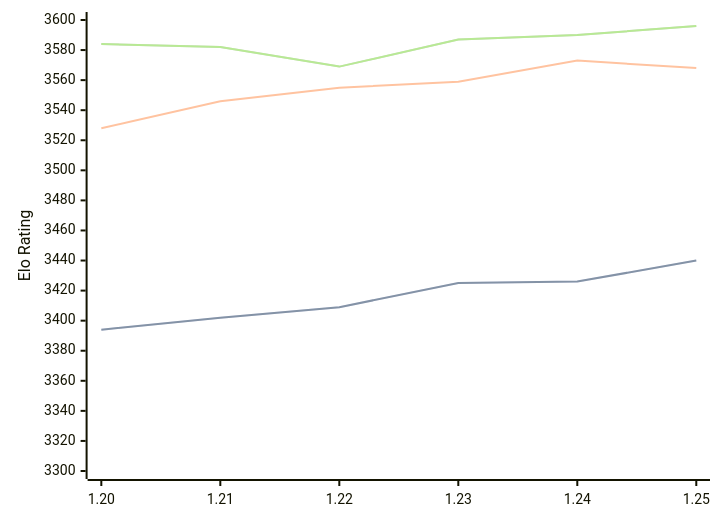
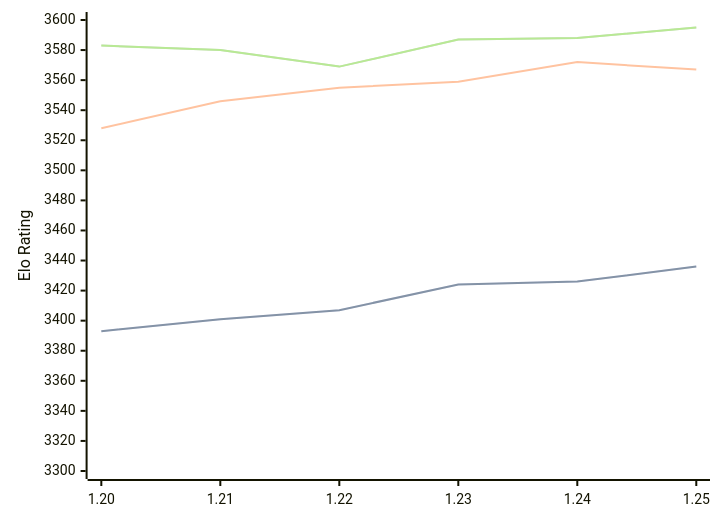
The diagram in engines/Caissa.md (computer-chess-index/cci), drawn with Mermaid before and after one commit. The commit also changed other lines of this file, not shown here.

Commit message:
Update CCI Ratings (ELO VLTC) - 2026-04-20

````diff
--- a/engines/Caissa.md
+++ b/engines/Caissa.md
@@ -65,11 +65,11 @@
 ```mermaid
 %%{init: {"theme":"base","themeVariables":{"seriesColors:['#a3a3a3','#222221','#faa371']}}}%%
 xychart-beta
   x-axis ["1.20", "1.21", "1.22", "1.23", "1.24", "1.25"]
   y-axis "Elo Rating" 3300 --> 3600
-  line "STC (8.0+0.08s)" [3394, 3402, 3409, 3425, 3426, 3440]
-  line "STC (8.0+0.08s)" [3394, 3402, 3409, 3425, 3426, 3440]
-  line "LTC (60.0+0.60s)" [3528, 3546, 3555, 3559, 3573, 3568]
-  line "VLTC (2m24s+1.12s)" [3584, 3582, 3569, 3587, 3590, 3596]
-  line "VLTC (2m24s+1.12s)" [3584, 3582, 3569, 3587, 3590, 3596]
+  line "STC (8.0+0.08s)" [3393, 3401, 3407, 3424, 3426, 3436]
+  line "STC (8.0+0.08s)" [3393, 3401, 3407, 3424, 3426, 3436]
+  line "LTC (60.0+0.60s)" [3528, 3546, 3555, 3559, 3572, 3567]
+  line "VLTC (2m24s+1.12s)" [3583, 3580, 3569, 3587, 3588, 3595]
+  line "VLTC (2m24s+1.12s)" [3583, 3580, 3569, 3587, 3588, 3595]
 ```
````
